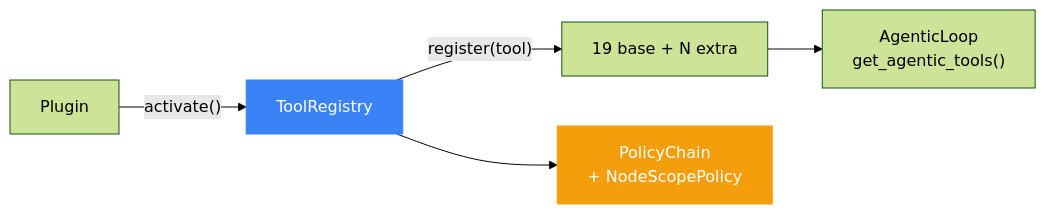
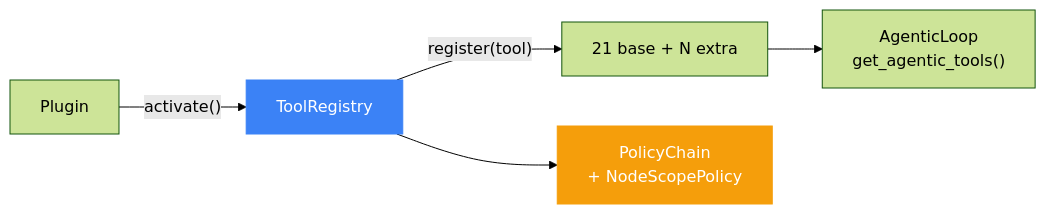
Diagram 12 of 12 in README.md (mangowhoiscloud/geode), drawn with Mermaid (forest theme) before and after one commit. The commit also changed other lines of this file and 8 other files, not shown here.

````diff
--- a/README.md
+++ b/README.md
@@ -474,10 +474,10 @@
 ```mermaid
 graph LR
     Plugin["Plugin"] -->|"activate()"| Reg["ToolRegistry"]
-    Reg -->|"register(tool)"| Tools["19 base + N extra"]
+    Reg -->|"register(tool)"| Tools["21 base + N extra"]
     Tools --> AL["AgenticLoop<br/>get_agentic_tools()"]
     Reg --> Policy["PolicyChain<br/>+ NodeScopePolicy"]
 
     style Reg fill:#3b82f6,stroke:#3b82f6,color:#fff
     style Policy fill:#f59e0b,stroke:#f59e0b,color:#fff
 ```
````
